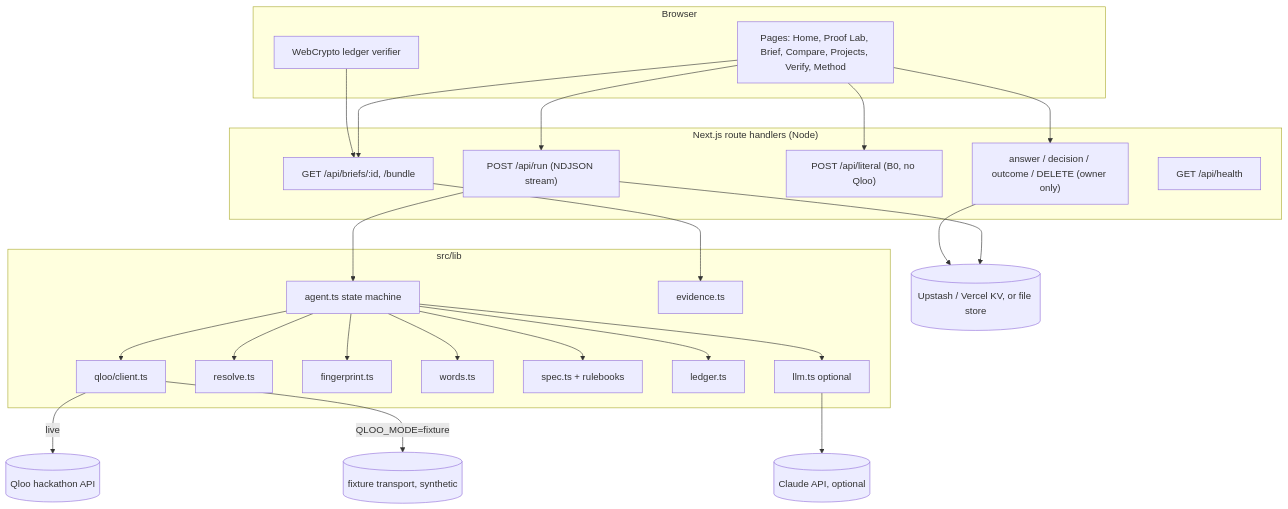
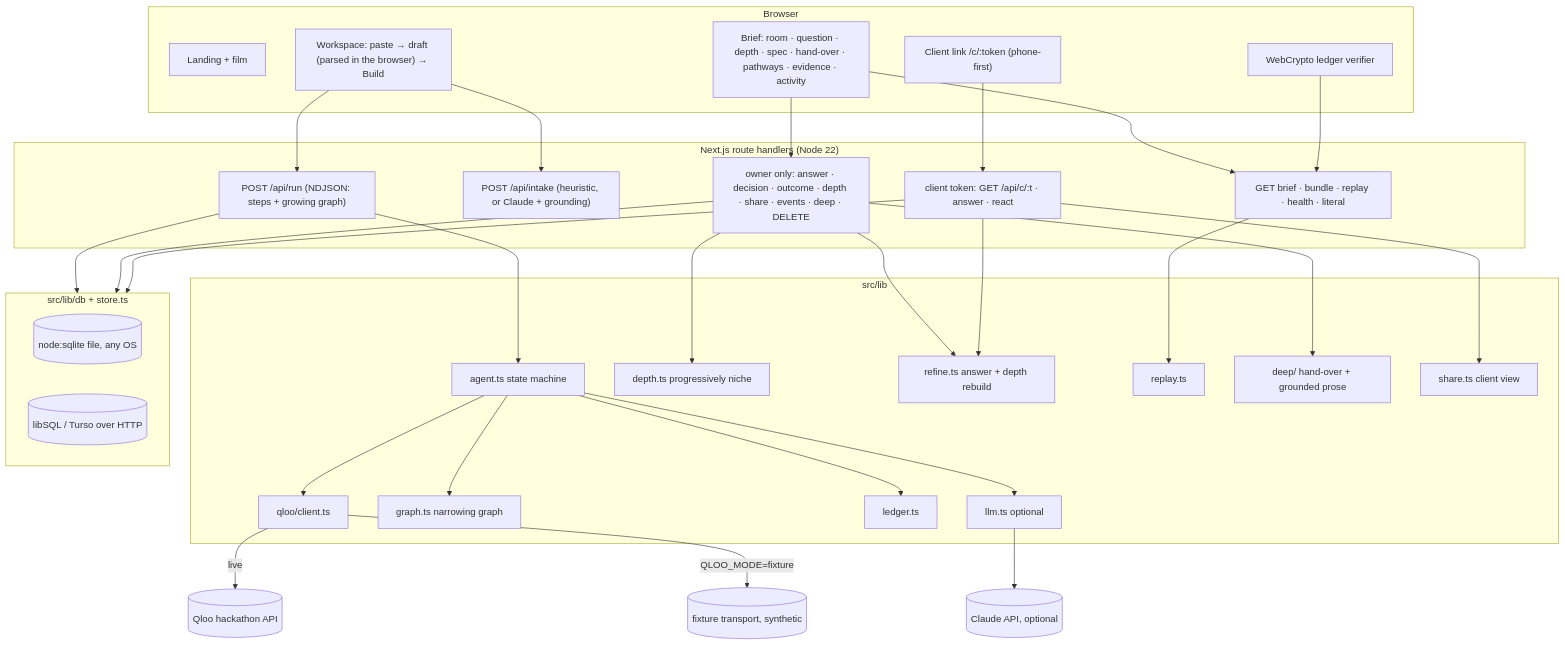
The first of 4 diagrams in docs/ARCHITECTURE.md (victrvondoom/qloo), drawn with Mermaid before and after one commit. The commit also changed other lines of this file and 111 other files, not shown here.

````diff
--- a/docs/ARCHITECTURE.md
+++ b/docs/ARCHITECTURE.md
@@ -5,38 +5,49 @@
 ```mermaid
 flowchart TB
   subgraph Browser
-    UI[Pages: Home, Proof Lab, Brief, Compare, Projects, Verify, Method]
+    LAND[Landing + film]
+    WS["Workspace: paste → draft (parsed in the browser) → Build"]
+    BR["Brief: room · question · depth · spec · hand-over · pathways · evidence · activity"]
+    CL["Client link /c/:token (phone-first)"]
     V[WebCrypto ledger verifier]
   end
-  subgraph Server["Next.js route handlers (Node)"]
-    RUN["POST /api/run (NDJSON stream)"]
-    W["answer / decision / outcome / DELETE (owner only)"]
-    LIT["POST /api/literal (B0, no Qloo)"]
-    B["GET /api/briefs/:id, /bundle"]
-    H["GET /api/health"]
+  subgraph Server["Next.js route handlers (Node 22)"]
+    RUN["POST /api/run (NDJSON: steps + growing graph)"]
+    INT["POST /api/intake (heuristic, or Claude + grounding)"]
+    OWN["owner only: answer · decision · outcome · depth · share · events · deep · DELETE"]
+    CLI["client token: GET /api/c/:t · answer · react"]
+    PUB["GET brief · bundle · replay · health · literal"]
   end
   subgraph Engine[src/lib]
     AG[agent.ts state machine]
     QC[qloo/client.ts]
-    RS[resolve.ts]
-    FP[fingerprint.ts]
-    WD[words.ts]
-    SP[spec.ts + rulebooks]
-    EV[evidence.ts]
+    GR[graph.ts narrowing graph]
+    DP[depth.ts progressively niche]
+    RF[refine.ts answer + depth rebuild]
+    RP[replay.ts]
+    DB2[deep/ hand-over + grounded prose]
+    SH[share.ts client view]
     LG[ledger.ts]
     LLM[llm.ts optional]
+  end
+  subgraph Store[src/lib/db + store.ts]
+    SQ[(node:sqlite file, any OS)]
+    LS[(libSQL / Turso over HTTP)]
   end
   QLOO[(Qloo hackathon API)]
   FIX[(fixture transport, synthetic)]
   ANTH[(Claude API, optional)]
-  KV[(Upstash / Vercel KV, or file store)]
-  UI --> RUN & W & LIT & B
-  V --> B
+  WS --> INT & RUN
+  BR --> OWN & PUB
+  CL --> CLI
+  V --> PUB
   RUN --> AG
-  AG --> RS & QC & FP & WD & SP & LLM & LG
+  AG --> QC & GR & LG & LLM
+  OWN --> DP & RF & DB2
+  CLI --> SH & RF
+  PUB --> RP
   QC -->|live| QLOO
   QC -->|QLOO_MODE=fixture| FIX
   LLM --> ANTH
-  RUN & W --> KV
-  B --> EV
+  RUN & OWN & CLI --> Store
 ```
````
